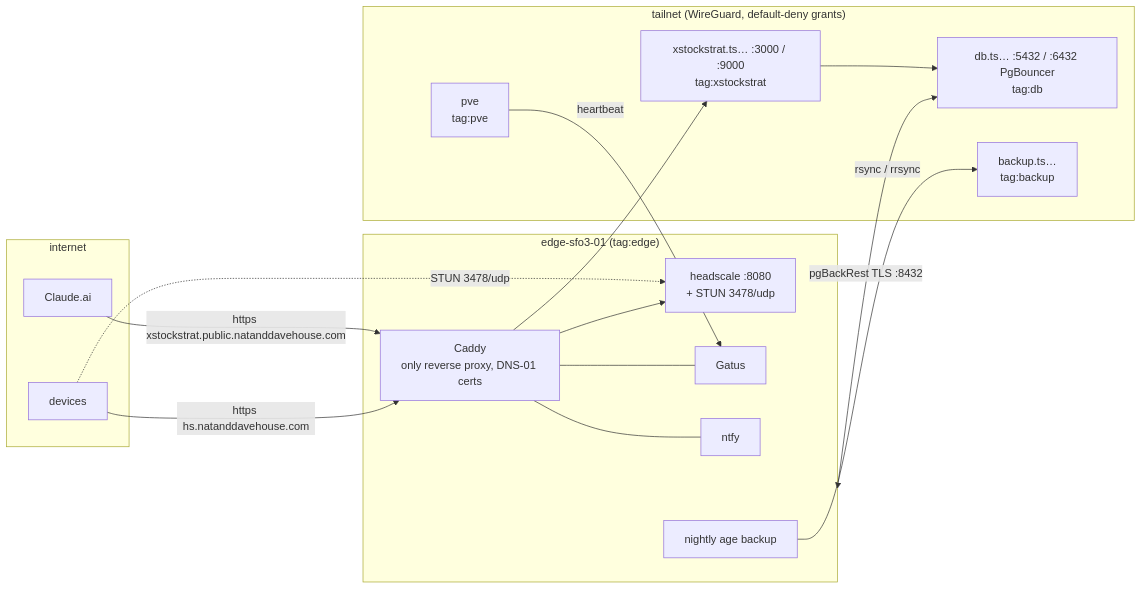
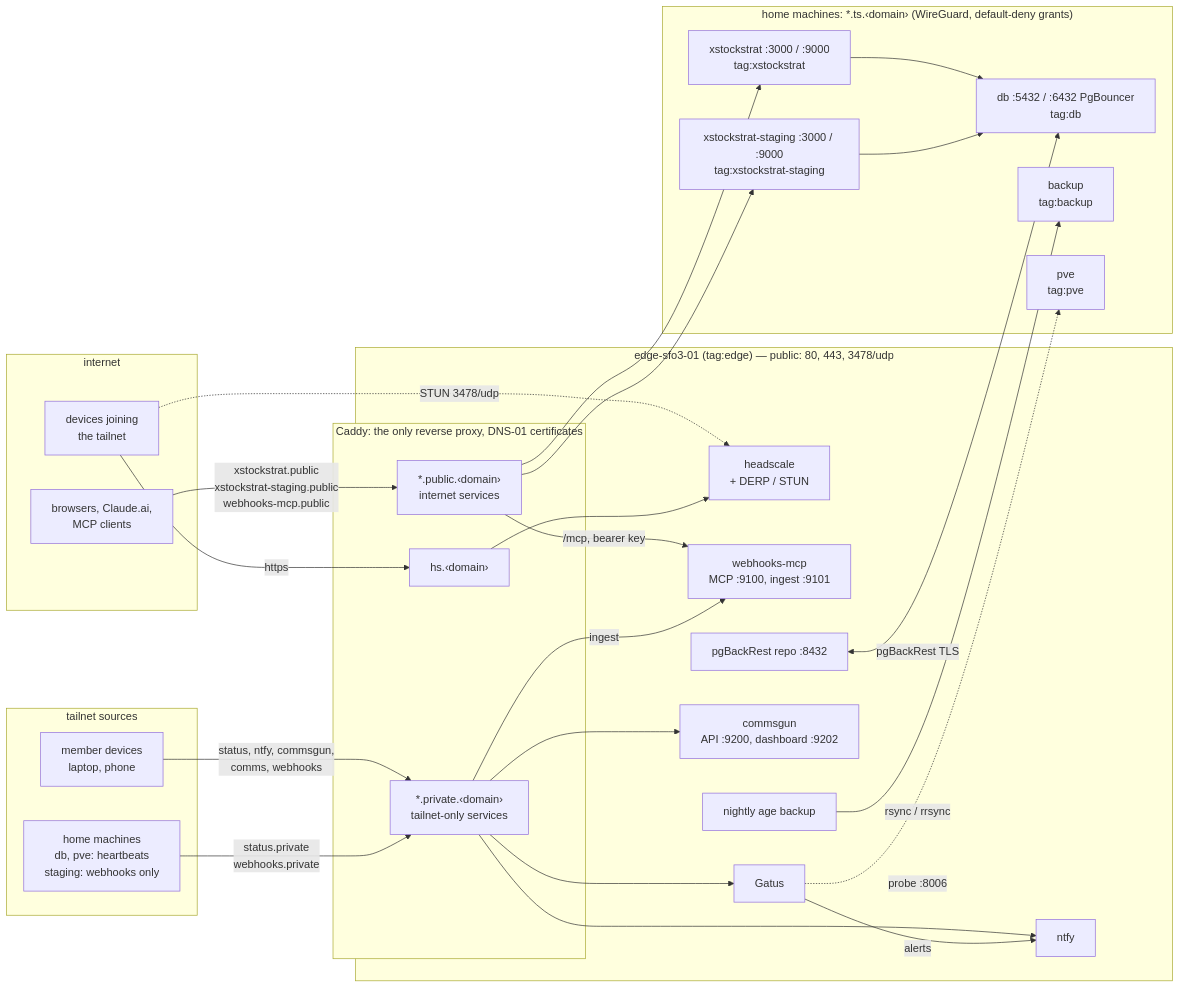
Before and after one commit to davcs86/homelab-edge: the diagram in README.md, drawn with Mermaid. The commit also changed other lines of this file and 2 other files, not shown here.

Commit message:
docs: README diagram and zone summary for the three-zone layout
Claude-Session: https://claude.ai/code/session_01NpS3HTanYqMvgkVuV35Vd8

````diff
--- a/README.md
+++ b/README.md
@@ -6,34 +6,58 @@
 ```mermaid
 flowchart LR
   subgraph internet["internet"]
-    claude["Claude.ai"]
-    devices["devices"]
+    joining["devices joining<br/>the tailnet"]
+    clients["browsers, Claude.ai,<br/>MCP clients"]
   end
 
-  subgraph edge["edge-sfo3-01 (tag:edge)"]
-    caddy["Caddy<br/>only reverse proxy, DNS-01 certs"]
-    headscale["headscale :8080<br/>+ STUN 3478/udp"]
+  subgraph callers["tailnet sources"]
+    members["member devices<br/>laptop, phone"]
+    pushers["home machines<br/>db, pve: heartbeats<br/>staging: webhooks only"]
+  end
+
+  subgraph edge["edge-sfo3-01 (tag:edge) — public: 80, 443, 3478/udp"]
+    subgraph caddy["Caddy: the only reverse proxy, DNS-01 certificates"]
+      hs["hs.‹domain›"]
+      pub["*.public.‹domain›<br/>internet services"]
+      priv["*.private.‹domain›<br/>tailnet-only services"]
+    end
+    headscale["headscale<br/>+ DERP / STUN"]
+    wmcp["webhooks-mcp<br/>MCP :9100, ingest :9101"]
     gatus["Gatus"]
     ntfy["ntfy"]
+    commsgun["commsgun<br/>API :9200, dashboard :9202"]
+    repo["pgBackRest repo :8432"]
     backupjob["nightly age backup"]
   end
 
-  subgraph tailnet["tailnet (WireGuard, default-deny grants)"]
-    app["xstockstrat.ts… :3000 / :9000<br/>tag:xstockstrat"]
-    db["db.ts… :5432 / :6432 PgBouncer<br/>tag:db"]
+  subgraph home["home machines: *.ts.‹domain› (WireGuard, default-deny grants)"]
+    app["xstockstrat :3000 / :9000<br/>tag:xstockstrat"]
+    staging["xstockstrat-staging :3000 / :9000<br/>tag:xstockstrat-staging"]
+    db["db :5432 / :6432 PgBouncer<br/>tag:db"]
+    backuphost["backup<br/>tag:backup"]
     pve["pve<br/>tag:pve"]
-    backuphost["backup.ts…<br/>tag:backup"]
   end
 
-  claude -- "https xstockstrat.public.natanddavehouse.com" --> caddy
-  devices -- "https hs.natanddavehouse.com" --> caddy
-  devices -. "STUN 3478/udp" .-> headscale
-  caddy --> headscale
-  caddy --> app
-  caddy --- gatus
-  caddy --- ntfy
+  joining -- "https" --> hs
+  joining -. "STUN 3478/udp" .-> headscale
+  hs --> headscale
+
+  clients -- "xstockstrat.public<br/>xstockstrat-staging.public<br/>webhooks-mcp.public" --> pub
+  pub -- "/mcp, bearer key" --> wmcp
+  pub --> app
+  pub --> staging
+
+  members -- "status, ntfy, commsgun,<br/>comms, webhooks" --> priv
+  pushers -- "status.private<br/>webhooks.private" --> priv
+  priv -- "ingest" --> wmcp
+  priv --> gatus
+  priv --> ntfy
+  priv --> commsgun
+  gatus -- "alerts" --> ntfy
+
   app --> db
-  db <-- "pgBackRest TLS :8432" --> edge
-  pve -- "heartbeat" --> gatus
+  staging --> db
+  repo <-- "pgBackRest TLS" --> db
   backupjob -- "rsync / rrsync" --> backuphost
+  gatus -. "probe :8006" .-> pve
 ```
````
